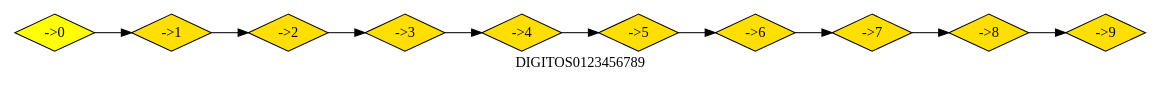
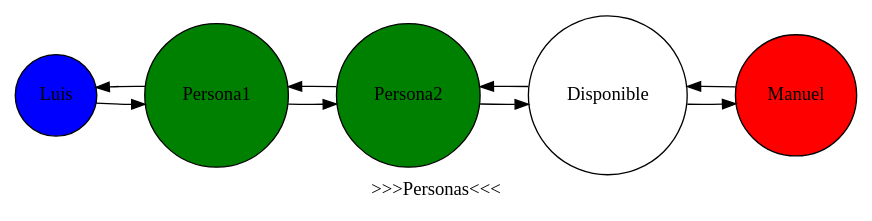
The diagram in Lista.gv (jona1403/Proyecto2-LFP), drawn with Graphviz before and after one commit. The commit also changed 8 other files, not shown here.

```diff
--- a/Lista.gv
+++ b/Lista.gv
@@ -1,33 +1,22 @@
 digraph Lista {
 	rankdir=LR size=12
-	"->0" [label="->0
-" fillcolor="#ffff00" shape=diamond style=filled]
-	"->1" [label="->1
-" fillcolor="#ffdf00" shape=diamond style=filled]
-	"->0" -> "->1"
-	"->2" [label="->2
-" fillcolor="#ffdf00" shape=diamond style=filled]
-	"->1" -> "->2"
-	"->3" [label="->3
-" fillcolor="#ffdf00" shape=diamond style=filled]
-	"->2" -> "->3"
-	"->4" [label="->4
-" fillcolor="#ffdf00" shape=diamond style=filled]
-	"->3" -> "->4"
-	"->5" [label="->5
-" fillcolor="#ffdf00" shape=diamond style=filled]
-	"->4" -> "->5"
-	"->6" [label="->6
-" fillcolor="#ffdf00" shape=diamond style=filled]
-	"->5" -> "->6"
-	"->7" [label="->7
-" fillcolor="#ffdf00" shape=diamond style=filled]
-	"->6" -> "->7"
-	"->8" [label="->8
-" fillcolor="#ffdf00" shape=diamond style=filled]
-	"->7" -> "->8"
-	"->9" [label="->9
-" fillcolor="#ffdf00" shape=diamond style=filled]
-	"->8" -> "->9"
-	label=DIGITOS0123456789
+	Luis [label=Luis
+ fillcolor="#0000ff" shape=circle style=filled]
+	Persona1 [label=Persona1
+ fillcolor="#008000" shape=circle style=filled]
+	Luis -> Persona1
+	Persona2 [label=Persona2
+ fillcolor="#008000" shape=circle style=filled]
+	Persona1 -> Persona2
+	Disponible [label=Disponible
+ fillcolor="#FFFFFF" shape=circle style=filled]
+	Persona2 -> Disponible
+	Manuel [label=Manuel
+ fillcolor="#ff0000" shape=circle style=filled]
+	Disponible -> Manuel
+	Manuel -> Disponible
+	Disponible -> Persona2
+	Persona2 -> Persona1
+	Persona1 -> Luis
+	label=">>>Personas<<<"
 }
```
